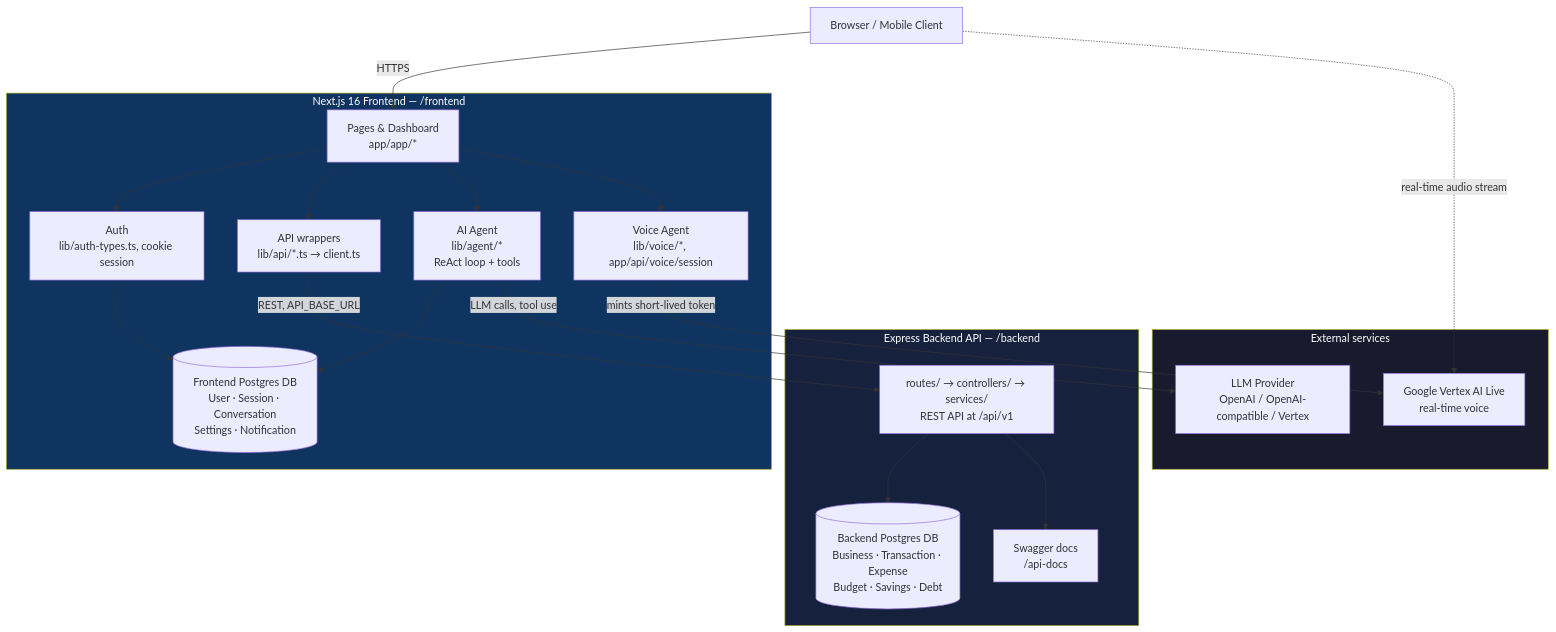
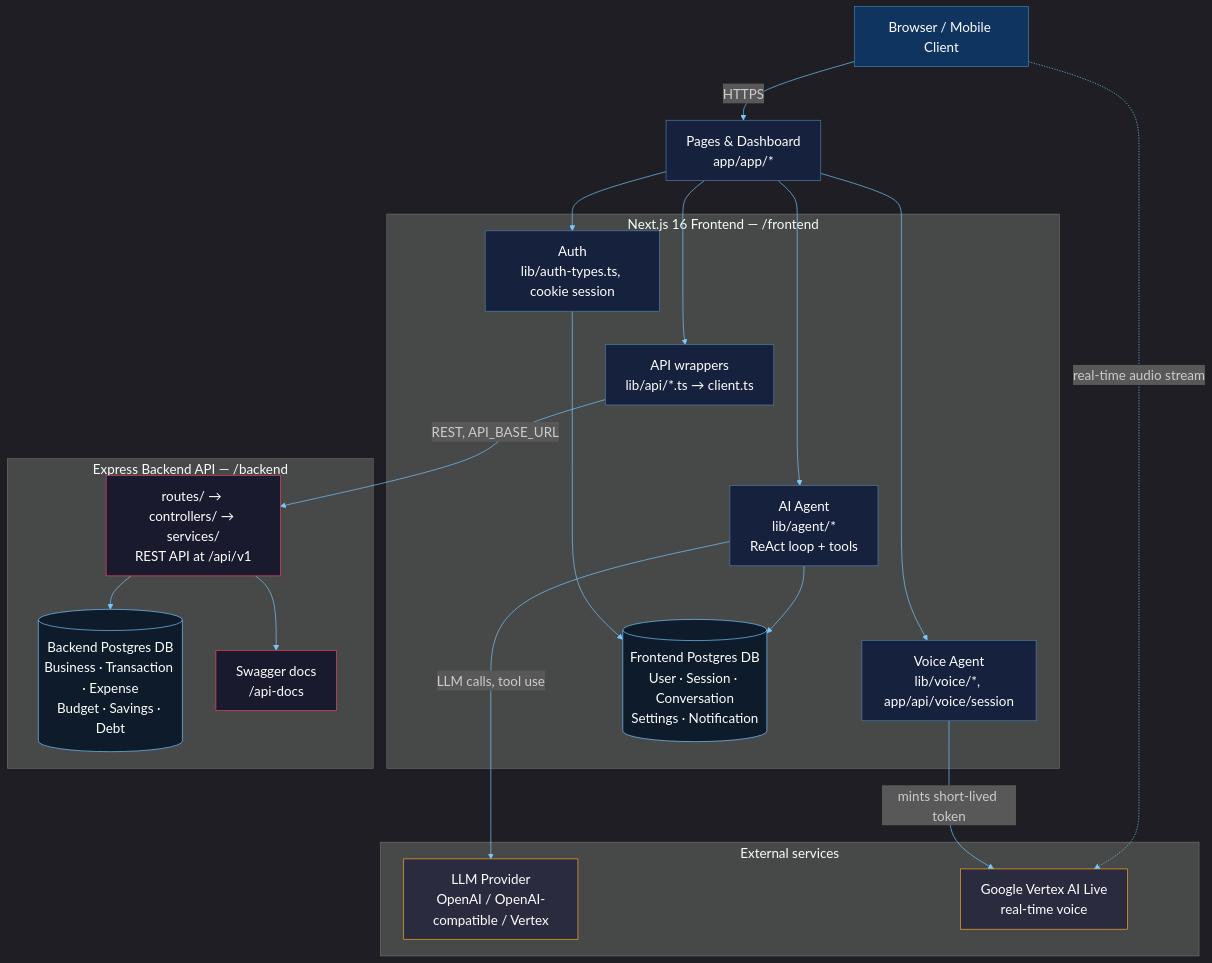
The diagram in README.md (armankhan9870/VyaparSetu), drawn with Mermaid before and after one commit. The commit also changed other lines of this file, not shown here.

Commit message:
Redesign Project Architecture Diagram

````diff
--- a/README.md
+++ b/README.md
@@ -58,43 +58,57 @@
 ```mermaid
+%%{init: {"theme": "dark", "themeVariables": {"fontSize": "20px", "primaryColor": "#16213e", "primaryTextColor": "#ffffff", "primaryBorderColor": "#4d7ea8", "lineColor": "#78c8ff"}}}%%
 flowchart TB
     Browser["Browser / Mobile Client"]
+    Pages["Pages & Dashboard\napp/app/*"]
 
     subgraph FE["Next.js 16 Frontend — /frontend"]
-        Pages["Pages & Dashboard\napp/app/*"]
         AuthLib["Auth\nlib/auth-types.ts, cookie session"]
+        ApiClient["API wrappers\nlib/api/*.ts → client.ts"]
         Agent["AI Agent\nlib/agent/*\nReAct loop + tools"]
         VoiceSession["Voice Agent\nlib/voice/*, app/api/voice/session"]
-        ApiClient["API wrappers\nlib/api/*.ts → client.ts"]
         FEDb[("Frontend Postgres DB\nUser · Session · Conversation\nSettings · Notification")]
     end
 
     subgraph BE["Express Backend API — /backend"]
         Routes["routes/ → controllers/ → services/\nREST API at /api/v1"]
+        BEDb[("Backend Postgres DB\nBusiness · Transaction · Expense\nBudget · Savings · Debt")]
         Swagger["Swagger docs\n/api-docs"]
-        BEDb[("Backend Postgres DB\nBusiness · Transaction · Expense\nBudget · Savings · Debt")]
     end
 
     subgraph Ext["External services"]
         LLM["LLM Provider\nOpenAI / OpenAI-compatible / Vertex"]
         Vertex["Google Vertex AI Live\nreal-time voice"]
     end
 
     Browser -->|HTTPS| Pages
-    Pages --> AuthLib --> FEDb
+    Pages --> AuthLib
     Pages --> ApiClient
+    Pages --> Agent
+    Pages --> VoiceSession
+    AuthLib ~~~ ApiClient
+    ApiClient ~~~ Agent
+    Agent ~~~ VoiceSession
+
+    AuthLib --> FEDb
+    Agent --> FEDb
+
     ApiClient -->|REST, API_BASE_URL| Routes
     Routes --> BEDb
     Routes --> Swagger
 
-    Pages --> Agent
-    Agent --> FEDb
     Agent -->|LLM calls, tool use| LLM
-
-    Pages --> VoiceSession
     VoiceSession -->|mints short-lived token| Vertex
     Browser -.->|real-time audio stream| Vertex
 
-    style Ext fill:#1a1a2e,color:#fff
-    style BE fill:#16213e,color:#fff
-    style FE fill:#0f3460,color:#fff
+    classDef client fill:#0f3460,color:#fff,stroke:#4d7ea8,stroke-width:1px
+    classDef frontend fill:#16213e,color:#fff,stroke:#4d7ea8,stroke-width:1px
+    classDef backend fill:#1a1a2e,color:#fff,stroke:#e94560,stroke-width:1px
+    classDef external fill:#2b2b40,color:#fff,stroke:#f5a623,stroke-width:1px
+    classDef db fill:#0d1b2a,color:#fff,stroke:#78c8ff,stroke-width:1px
+
+    class Browser client
+    class Pages,AuthLib,ApiClient,Agent,VoiceSession frontend
+    class Routes,Swagger backend
+    class LLM,Vertex external
+    class FEDb,BEDb db
 ```
````
